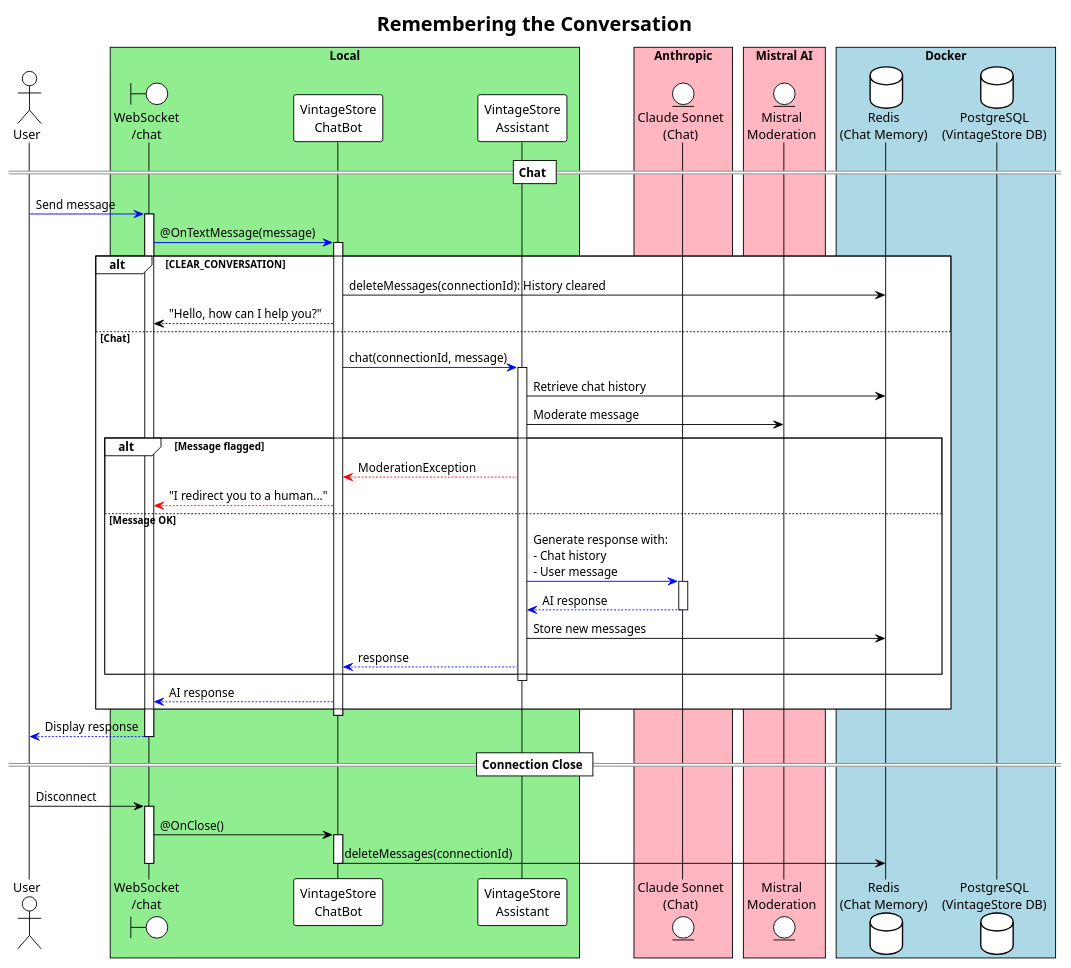
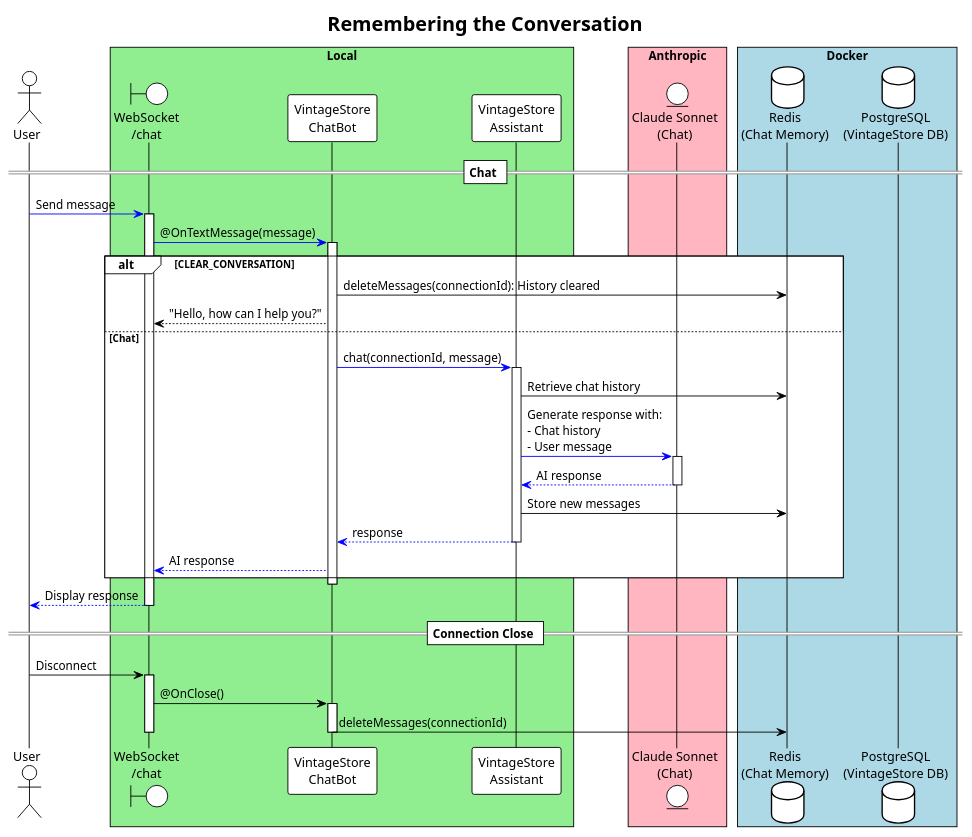
Before and after one commit to agoncal/agoncal-application-vintagestore: the diagram in docs/puml/21-redis.puml, drawn with PlantUML. The commit also changed 4 other files, not shown here.

```diff
--- a/docs/puml/21-redis.puml
+++ b/docs/puml/21-redis.puml
@@ -1,68 +1,58 @@
 @startuml
 !theme plain
 title Remembering the Conversation
 
 actor User
 box "Local" #LightGreen
 boundary "WebSocket\n/chat" as WS
 participant "VintageStore\nChatBot" as ChatBot
 participant "VintageStore\nAssistant" as Assistant
 end box
 box "Anthropic" #LightPink
 entity "Claude Sonnet\n(Chat)" as Anthropic
-end box
-box "Mistral AI" #LightPink
-entity "Mistral\nModeration" as Mistral
 end box
 box "Docker" #LightBlue
 database "Redis\n(Chat Memory)" as Redis
 database "PostgreSQL\n(VintageStore DB)" as PostgreSQL
 end box
 
 == Chat ==
 User -[#blue]> WS: Send message
 activate WS
 WS -[#blue]> ChatBot: @OnTextMessage(message)
 activate ChatBot
 
 alt CLEAR_CONVERSATION
     ChatBot -> Redis: deleteMessages(connectionId): History cleared
     ChatBot --> WS: "Hello, how can I help you?"
 else Chat
     ChatBot -[#blue]> Assistant: chat(connectionId, message)
     activate Assistant
     Assistant -> Redis: Retrieve chat history
-    Assistant -> Mistral: Moderate message
 
-    alt Message flagged
-        Assistant -[#red]-> ChatBot: ModerationException
-        ChatBot -[#red]-> WS: "I redirect you to a human..."
-    else Message OK
+    Assistant -[#blue]> Anthropic: Generate response with:\n- Chat history\n- User message
+    activate Anthropic
+    Anthropic -[#blue]-> Assistant: AI response
+    deactivate Anthropic
 
-        Assistant -[#blue]> Anthropic: Generate response with:\n- Chat history\n- User message
-        activate Anthropic
-        Anthropic -[#blue]-> Assistant: AI response
-        deactivate Anthropic
-
-        Assistant -> Redis: Store new messages
-        Assistant -[#blue]-> ChatBot: response
-    end
+    Assistant -> Redis: Store new messages
+    Assistant -[#blue]-> ChatBot: response
     deactivate Assistant
 
     ChatBot -[#blue]-> WS: AI response
 end
 deactivate ChatBot
 
 WS -[#blue]-> User: Display response
 deactivate WS
 
 == Connection Close ==
 User -> WS: Disconnect
 activate WS
 WS -> ChatBot: @OnClose()
 activate ChatBot
 ChatBot -> Redis: deleteMessages(connectionId)
 deactivate ChatBot
 deactivate WS
 
 @enduml
```
